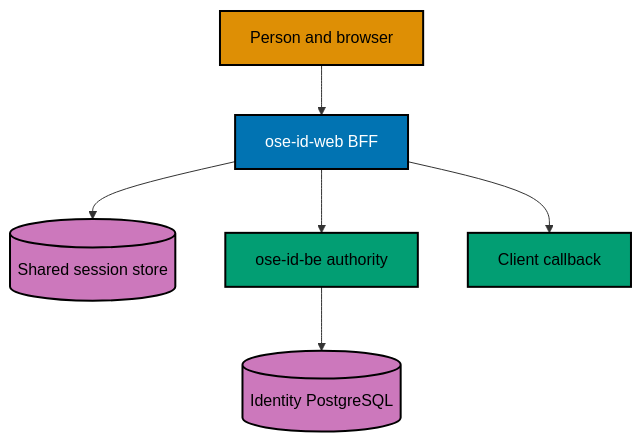
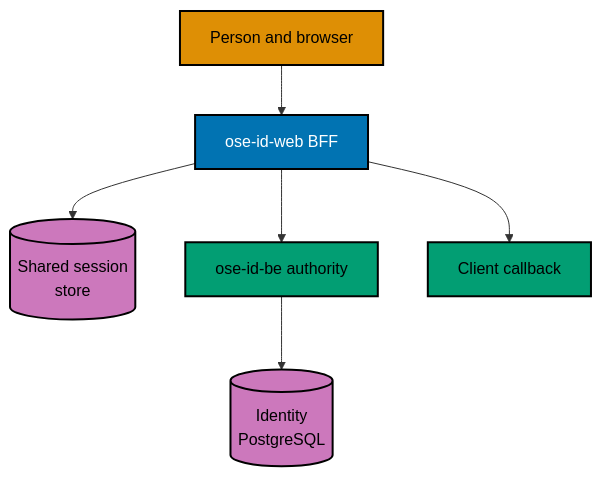
One commit to wahidyankf/ose-public changed the diagram in plans/backlog/ose-id-init-05-first-party-web/tech-docs/README.md. Above: the diagram before and after it, drawn with Mermaid. The commit also changed 220 other files, not shown here.

First line of the commit message:
docs: split mermaid labels to 20 graphemes and add palette defaults

````diff
--- a/plans/backlog/ose-id-init-05-first-party-web/tech-docs/README.md
+++ b/plans/backlog/ose-id-init-05-first-party-web/tech-docs/README.md
@@ -22,20 +22,21 @@
 ```mermaid
 %% Color Palette: Blue #0173B2, Orange #DE8F05, Teal #029E73, Purple #CC78BC
 flowchart TD
   accTitle: Init 05 web architecture
   accDescr: A browser talks to the Next.js OSE ID web BFF. The BFF stores only an opaque cookie in the browser, keeps session and transaction state in shared storage, and calls the authoritative C sharp backend. A local client receives the final callback.
   U["Person and browser"] --> W["ose-id-web BFF"]
-  W --> S[("Shared session store")]
+  W --> S[("Shared session<br/>store")]
   W --> B["ose-id-be authority"]
-  B --> D[("Identity PostgreSQL")]
+  B --> D[("Identity<br/>PostgreSQL")]
   W --> C["Client callback"]
 
   classDef actor fill:#DE8F05,stroke:#000000,color:#000000,stroke-width:2px
   classDef web fill:#0173B2,stroke:#000000,color:#FFFFFF,stroke-width:2px
   classDef service fill:#029E73,stroke:#000000,color:#000000,stroke-width:2px
   classDef store fill:#CC78BC,stroke:#000000,color:#000000,stroke-width:2px
   class U actor
   class W web
   class B,C service
   class S,D store
+  classDef default fill:#FFFFFF,stroke:#000000,color:#000000
 ```
````
